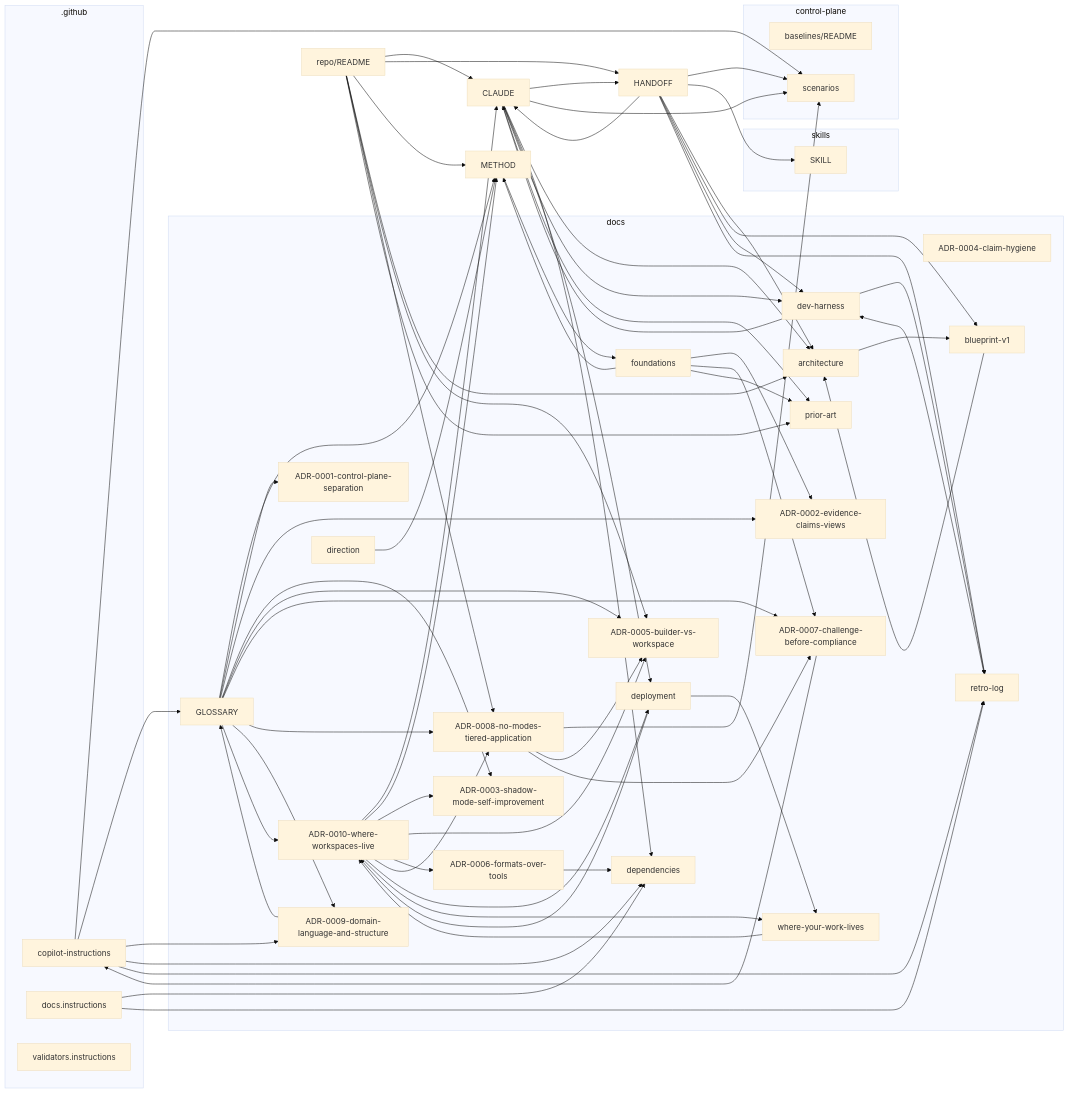
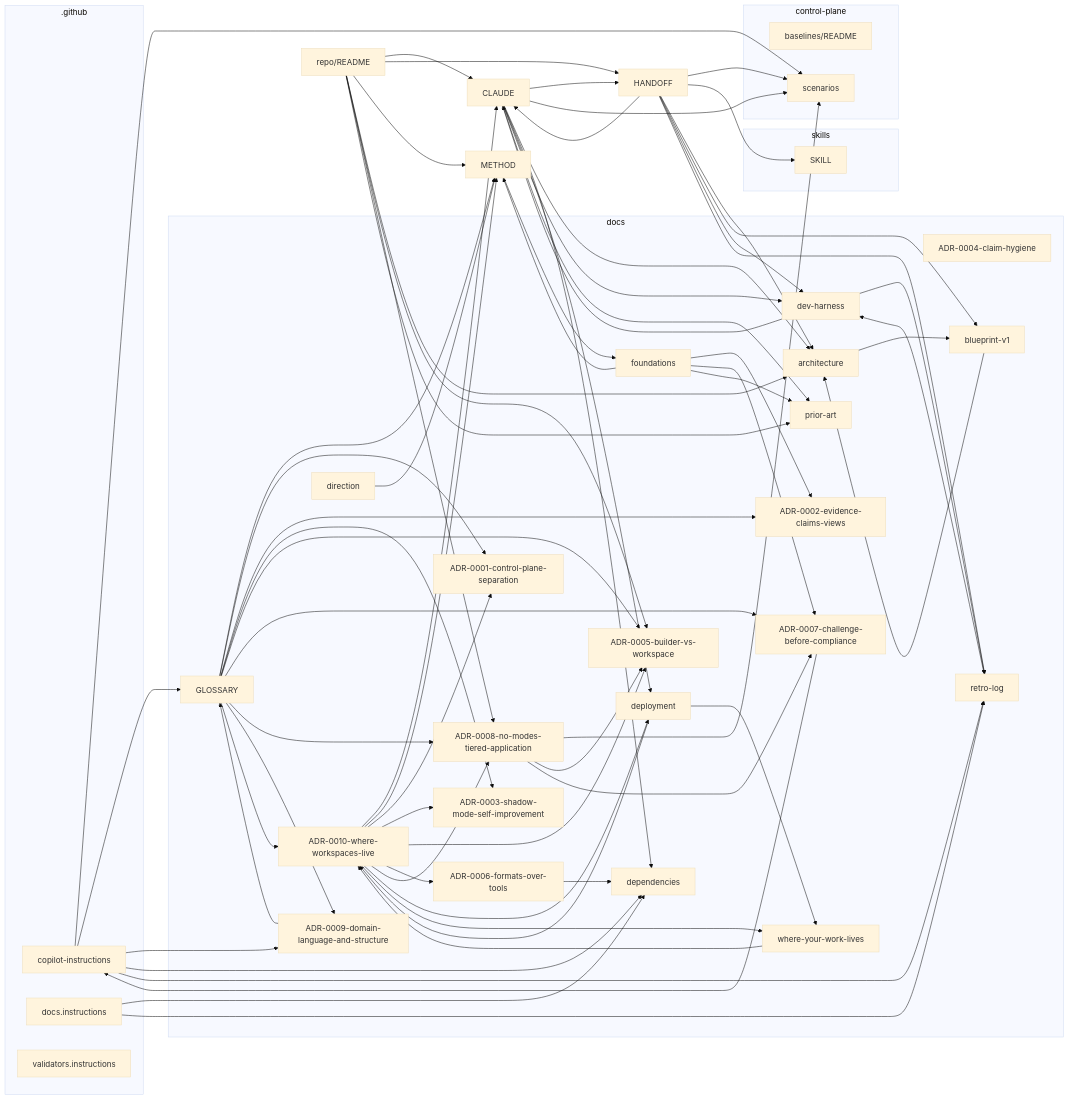
One commit to boulaajaj/ai-mise changed the diagram in docs/mindmap.md. Above: the diagram before and after it, drawn with Mermaid (base theme). The commit also changed other lines of this file and 3 other files, not shown here.

```diff
--- a/docs/mindmap.md
+++ b/docs/mindmap.md
@@ -92,6 +92,7 @@
   docs_decisions_ADR_0009_domain_language_and_structure_md --> docs_GLOSSARY_md
   docs_decisions_ADR_0010_where_workspaces_live_md --> CLAUDE_md
   docs_decisions_ADR_0010_where_workspaces_live_md --> METHOD_md
+  docs_decisions_ADR_0010_where_workspaces_live_md --> docs_decisions_ADR_0001_control_plane_separation_md
   docs_decisions_ADR_0010_where_workspaces_live_md --> docs_decisions_ADR_0003_shadow_mode_self_improvement_md
   docs_decisions_ADR_0010_where_workspaces_live_md --> docs_decisions_ADR_0005_builder_vs_workspace_md
   docs_decisions_ADR_0010_where_workspaces_live_md --> docs_decisions_ADR_0006_formats_over_tools_md
```
